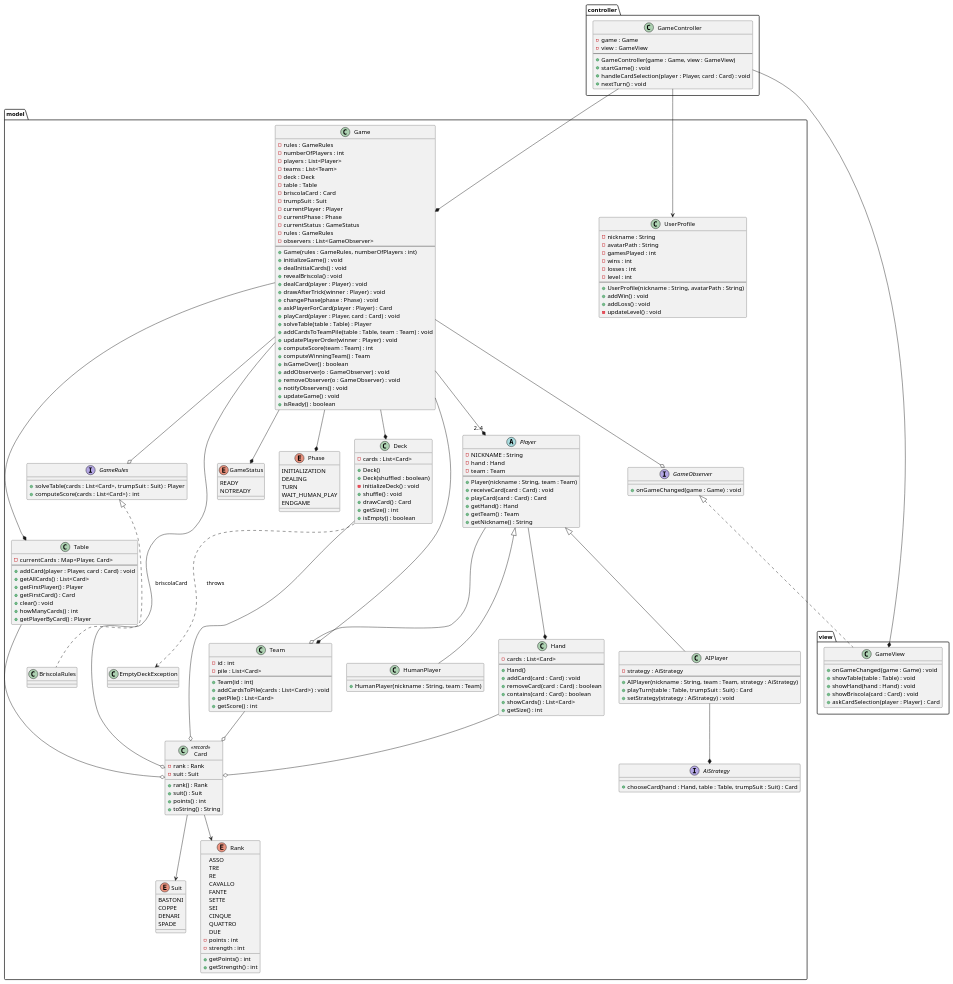
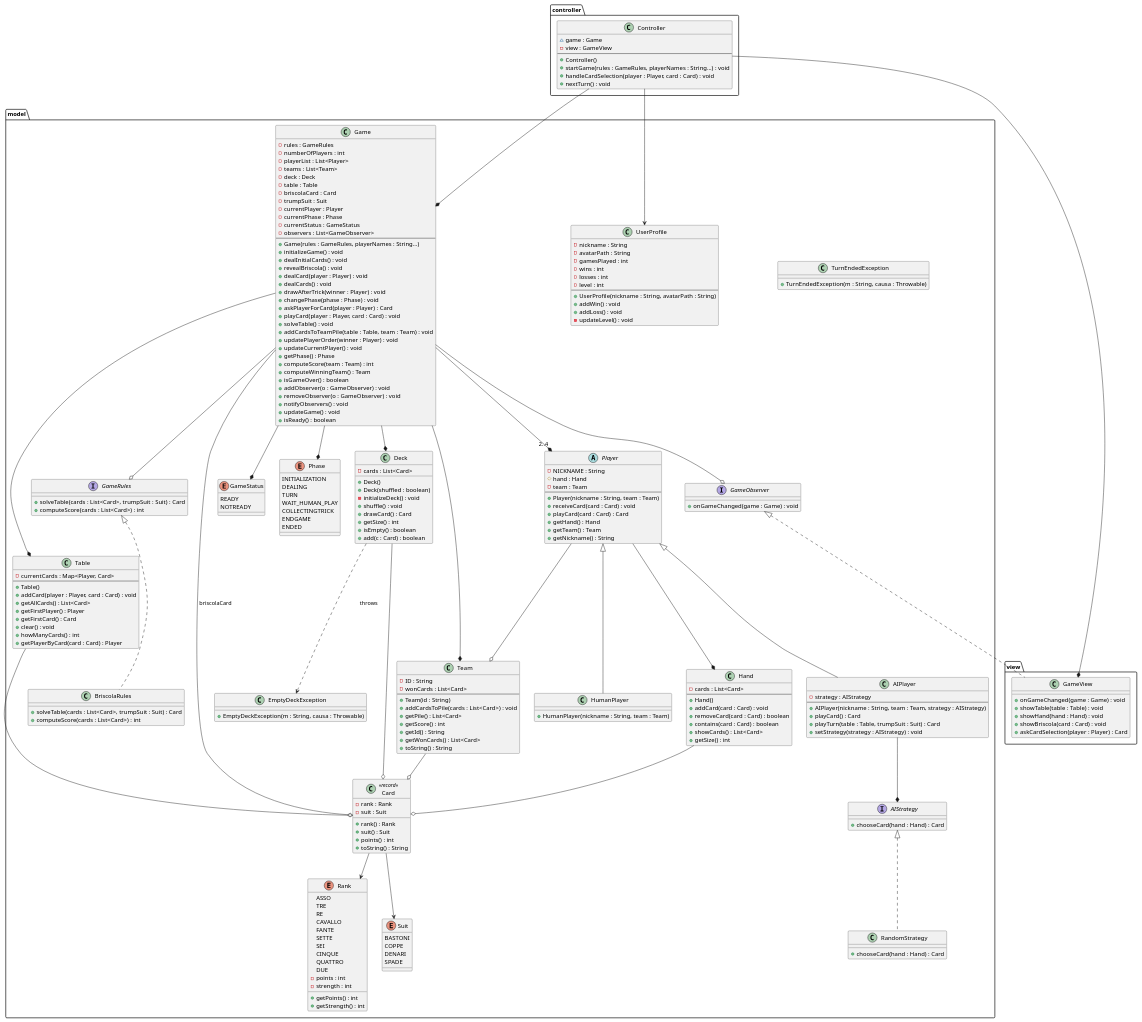
Before and after one commit to edodicosimo/JBriscola: the diagram in docs/briscola.puml, drawn with PlantUML. The commit also changed 12 other files, not shown here.

```diff
--- a/docs/briscola.puml
+++ b/docs/briscola.puml
@@ -10,6 +10,11 @@
     }
 
     class EmptyDeckException {
+        + EmptyDeckException(m : String, causa : Throwable)
+    }
+
+    class TurnEndedException {
+        + TurnEndedException(m : String, causa : Throwable)
     }
 
     class Deck {
@@ -21,6 +26,7 @@
         + drawCard() : Card
         + getSize() : int
         + isEmpty() : boolean
+        + add(c : Card) : boolean
     }
 
     enum Suit {
@@ -48,17 +54,19 @@
     }
 
     interface GameRules {
-        + solveTable(cards : List<Card>, trumpSuit : Suit) : Player
+        + solveTable(cards : List<Card>, trumpSuit : Suit) : Card
         + computeScore(cards : List<Card>) : int
     }
 
     class BriscolaRules implements GameRules {
+        + solveTable(cards : List<Card>, trumpSuit : Suit) : Card
+        + computeScore(cards : List<Card>) : int
     }
 
     class Game {
         - rules : GameRules
         - numberOfPlayers : int
-        - players : List<Player>
+        - playerList : List<Player>
         - teams : List<Team>
         - deck : Deck
         - table : Table
@@ -67,21 +75,23 @@
         - currentPlayer : Player
         - currentPhase : Phase
         - currentStatus : GameStatus
-        - rules : GameRules
         - observers : List<GameObserver>
         --
-        + Game(rules : GameRules, numberOfPlayers : int)
+        + Game(rules : GameRules, playerNames : String...)
         + initializeGame() : void
         + dealInitialCards() : void
         + revealBriscola() : void
         + dealCard(player : Player) : void
+        + dealCards() : void
         + drawAfterTrick(winner : Player) : void
         + changePhase(phase : Phase) : void
         + askPlayerForCard(player : Player) : Card
         + playCard(player : Player, card : Card) : void
-        + solveTable(table : Table) : Player
+        + solveTable() : void
         + addCardsToTeamPile(table : Table, team : Team) : void
         + updatePlayerOrder(winner : Player) : void
+        + updateCurrentPlayer() : void
+        + getPhase() : Phase
         + computeScore(team : Team) : int
         + computeWinningTeam() : Team
         + isGameOver() : boolean
@@ -102,7 +112,9 @@
         DEALING
         TURN
         WAIT_HUMAN_PLAY
+        COLLECTINGTRICK
         ENDGAME
+        ENDED
     }
 
     class Hand {
@@ -119,28 +131,32 @@
     class Table {
         - currentCards : Map<Player, Card>
         --
+        + Table()
         + addCard(player : Player, card : Card) : void
         + getAllCards() : List<Card>
         + getFirstPlayer() : Player
         + getFirstCard() : Card
         + clear() : void
         + howManyCards() : int
-        + getPlayerByCard() : Player
+        + getPlayerByCard(card : Card) : Player
     }
 
     class Team {
-        - id : int
-        - pile : List<Card>
+        - ID : String
+        - wonCards : List<Card>
         --
-        + Team(id : int)
+        + Team(id : String)
         + addCardsToPile(cards : List<Card>) : void
         + getPile() : List<Card>
         + getScore() : int
+        + getId() : String
+        + getWonCards() : List<Card>
+        + toString() : String
     }
 
     abstract class Player {
         - NICKNAME : String
-        - hand : Hand
+        # hand : Hand
         - team : Team
         --
         + Player(nickname : String, team : Team)
@@ -156,15 +172,20 @@
     }
 
     class AIPlayer extends Player {
-        - strategy : AiStrategy
+        - strategy : AIStrategy
         --
-        + AIPlayer(nickname : String, team : Team, strategy : AiStrategy)
+        + AIPlayer(nickname : String, team : Team, strategy : AIStrategy)
+        + playCard() : Card
         + playTurn(table : Table, trumpSuit : Suit) : Card
-        + setStrategy(strategy : AiStrategy) : void
+        + setStrategy(strategy : AIStrategy) : void
     }
 
-    interface AiStrategy {
-        + chooseCard(hand : Hand, table : Table, trumpSuit : Suit) : Card
+    interface AIStrategy {
+        + chooseCard(hand : Hand) : Card
+    }
+
+    class RandomStrategy implements AIStrategy {
+        + chooseCard(hand : Hand) : Card
     }
 
     class UserProfile {
@@ -195,7 +216,7 @@
     Game --* GameStatus
     Player --o Team
     Player --* Hand
-    AIPlayer --* AiStrategy
+    AIPlayer --* AIStrategy
     Deck --o Card
     Deck ..> EmptyDeckException : throws
     Table --o Card
@@ -207,12 +228,12 @@
 }
 
 package controller {
-    class GameController {
-        - game : Game
+    class Controller {
+        ~ game : Game
         - view : GameView
         --
-        + GameController(game : Game, view : GameView)
-        + startGame() : void
+        + Controller()
+        + startGame(rules : GameRules, playerNames : String...) : void
         + handleCardSelection(player : Player, card : Card) : void
         + nextTurn() : void
     }
@@ -228,7 +249,7 @@
     }
 }
 
-GameController --* model.Game
-GameController --* view.GameView
-GameController --> model.UserProfile
+Controller --* model.Game
+Controller --* view.GameView
+Controller --> model.UserProfile
 @enduml
```
